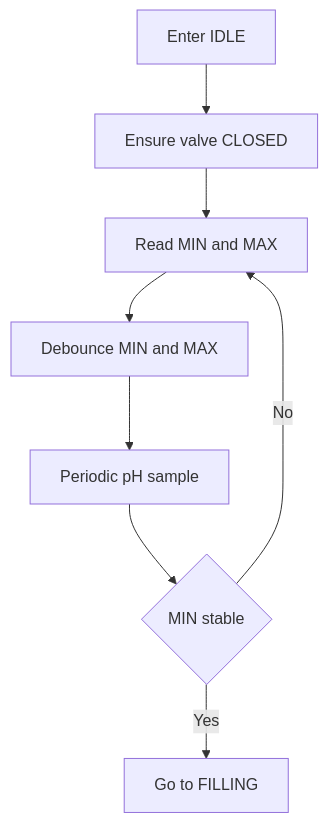
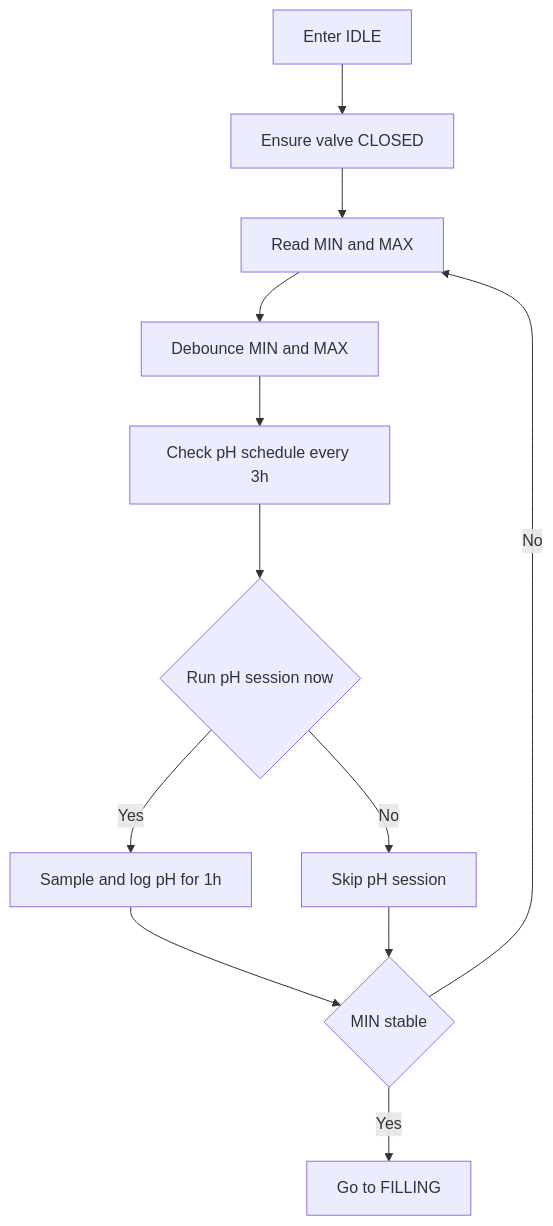
The diagram in Documentation/Coolant_IDLE_ultra.mmd (Mvil34998/Colant-automation), drawn with Mermaid before and after one commit. The commit also changed 6 other files, not shown here.

```diff
--- a/Documentation/Coolant_IDLE_ultra.mmd
+++ b/Documentation/Coolant_IDLE_ultra.mmd
@@ -1,8 +1,12 @@
 flowchart TD
 I1[Enter IDLE] --> I2[Ensure valve CLOSED]
 I2 --> I3[Read MIN and MAX]
 I3 --> I4[Debounce MIN and MAX]
-I4 --> I5[Periodic pH sample]
-I5 --> I6{MIN stable}
-I6 -- Yes --> I7[Go to FILLING]
-I6 -- No --> I3
+I4 --> I5[Check pH schedule every 3h]
+I5 --> I6{Run pH session now}
+I6 -- Yes --> I7[Sample and log pH for 1h]
+I6 -- No --> I8[Skip pH session]
+I7 --> I9{MIN stable}
+I8 --> I9
+I9 -- Yes --> I10[Go to FILLING]
+I9 -- No --> I3
```
